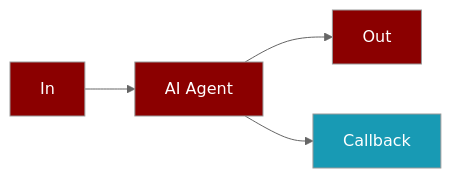
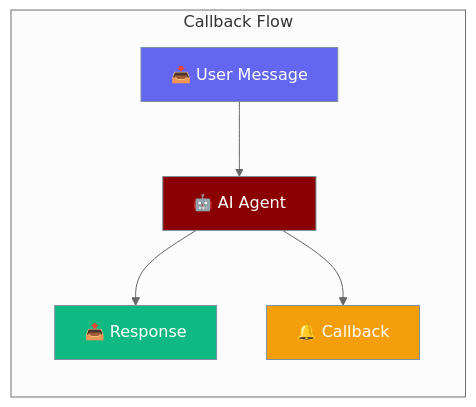
The first of 3 diagrams in docs/features/callbacks.mdx (MervinPraison/PraisonAIDocs), drawn with Mermaid (neutral theme) before and after one commit. The commit also changed other lines of this file, not shown here.

````diff
--- a/docs/features/callbacks.mdx
+++ b/docs/features/callbacks.mdx
@@ -23,12 +23,18 @@
 ```mermaid
-flowchart LR
-    In[In] --> Agent[AI Agent]
-    Agent --> Out[Out]
-    Agent --> Callback[Callback]
-    
-    classDef agent fill:#8B0000,color:#fff
-    classDef tool fill:#189AB4,color:#fff
-    
-    class Agent,In,Out agent
-    class Callback tool
+graph LR
+    subgraph "Callback Flow"
+        In[📥 User Message] --> Agent[🤖 AI Agent]
+        Agent --> Out[📤 Response]
+        Agent --> Callback[🔔 Callback]
+    end
+
+    classDef input fill:#6366F1,stroke:#7C90A0,color:#fff
+    classDef agent fill:#8B0000,stroke:#7C90A0,color:#fff
+    classDef output fill:#10B981,stroke:#7C90A0,color:#fff
+    classDef callback fill:#F59E0B,stroke:#7C90A0,color:#fff
+
+    class In input
+    class Agent agent
+    class Out output
+    class Callback callback
 ```
````
